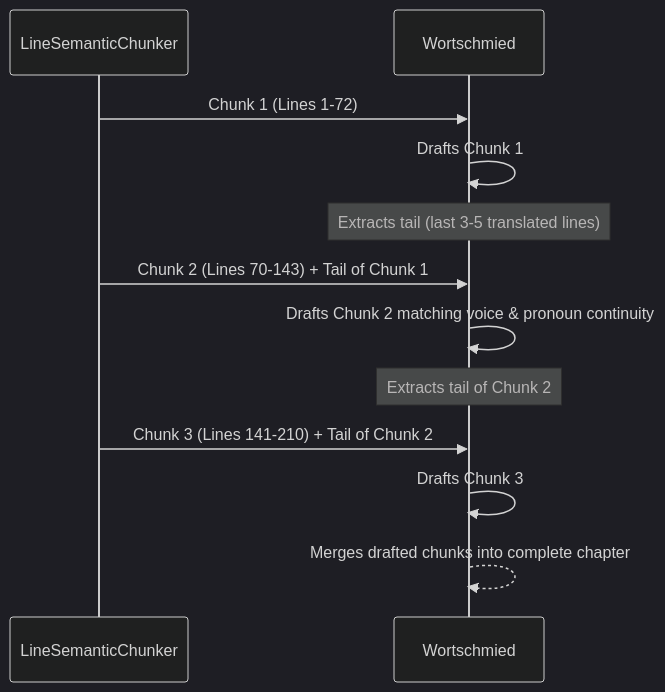
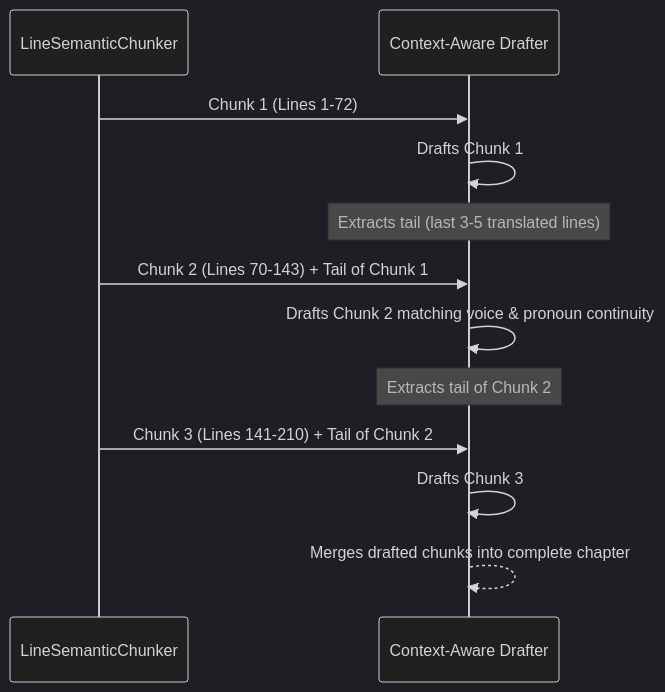
Before and after one commit to Checkmartyr/NouSetsu: the second of 3 diagrams in doc/agents_deep_dive.md, drawn with Mermaid (dark theme). The commit also changed other lines of this file and 29 other files, not shown here.

````diff
--- a/doc/agents_deep_dive.md
+++ b/doc/agents_deep_dive.md
@@ -171,15 +171,15 @@
 ```mermaid
 sequenceDiagram
     participant Chunker as LineSemanticChunker
-    participant Drafter as Wortschmied
+    participant Drafter as Context-Aware Drafter
     
     Chunker->>Drafter: Chunk 1 (Lines 1-72)
     Drafter->>Drafter: Drafts Chunk 1
     Note over Drafter: Extracts tail (last 3-5 translated lines)
     Chunker->>Drafter: Chunk 2 (Lines 70-143) + Tail of Chunk 1
     Drafter->>Drafter: Drafts Chunk 2 matching voice & pronoun continuity
     Note over Drafter: Extracts tail of Chunk 2
     Chunker->>Drafter: Chunk 3 (Lines 141-210) + Tail of Chunk 2
     Drafter->>Drafter: Drafts Chunk 3
     Drafter-->>Drafter: Merges drafted chunks into complete chapter
 ```
````
